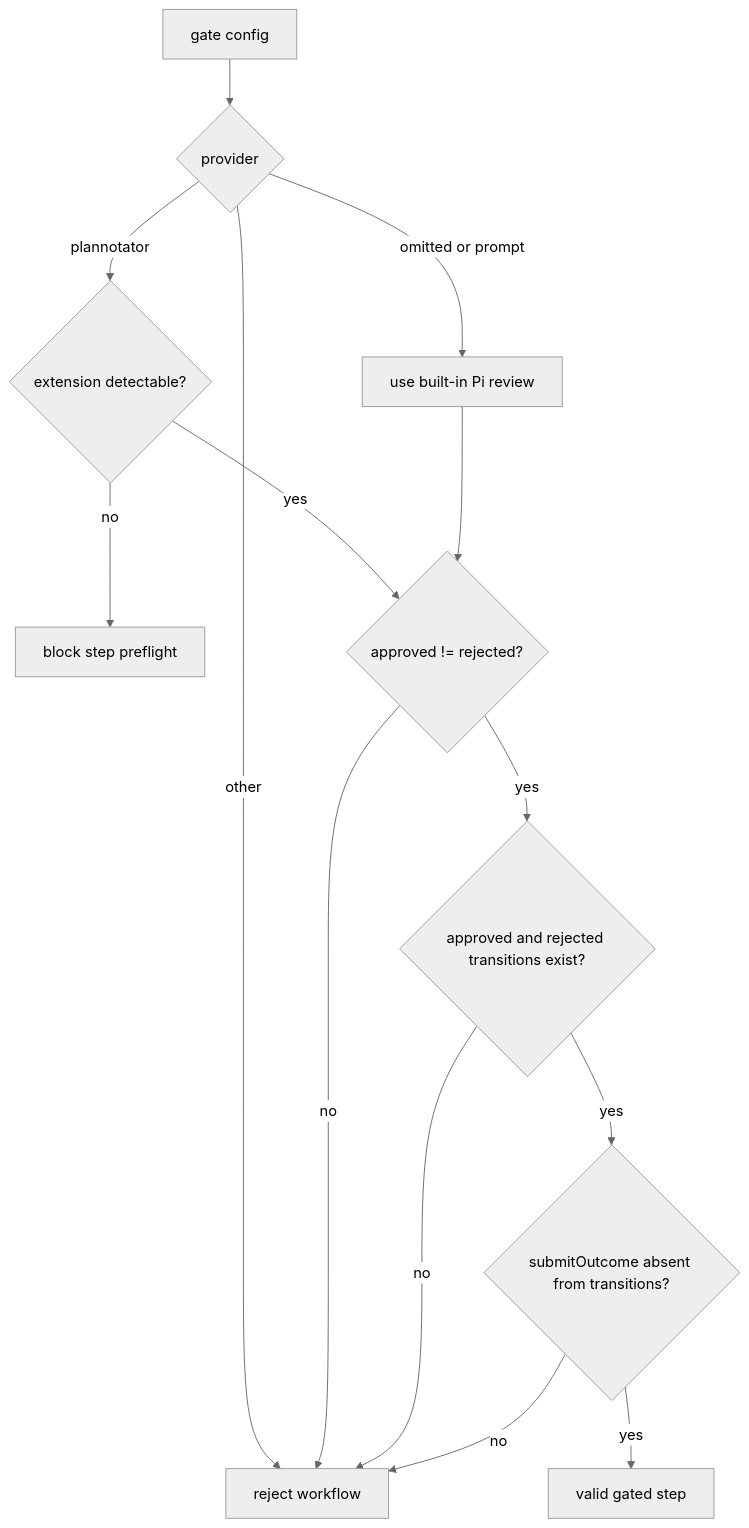
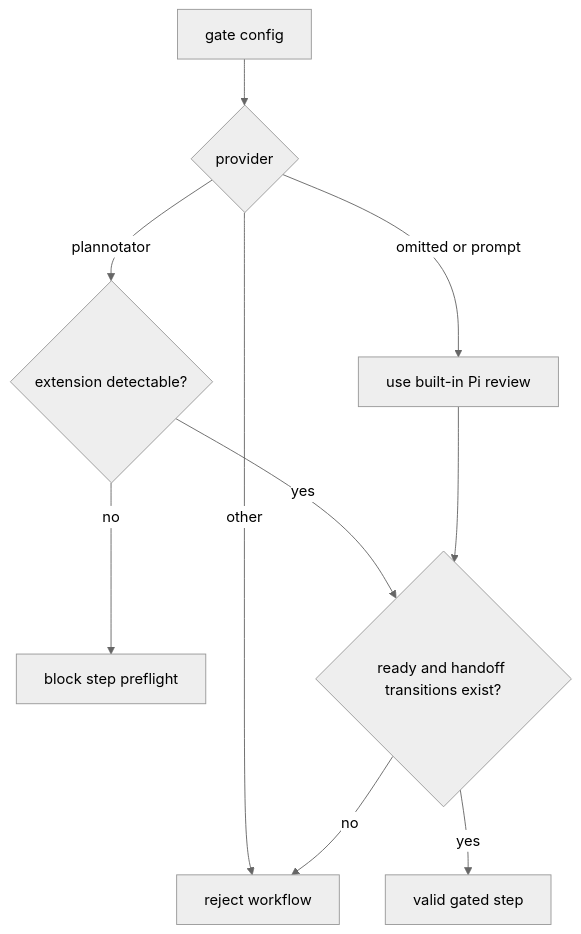
The second of 6 diagrams in openwiki/integrations/plannotator.md (wichayutdew/pi-workflows), drawn with Mermaid (neutral theme) before and after one commit. The commit also changed other lines of this file and 103 other files, not shown here.

````diff
--- a/openwiki/integrations/plannotator.md
+++ b/openwiki/integrations/plannotator.md
@@ -28,16 +28,12 @@
 ```mermaid
 flowchart TD
   Gate[gate config] --> Provider{provider}
   Provider -- omitted or prompt --> Prompt[use built-in Pi review]
   Provider -- plannotator --> Detect{extension detectable?}
   Provider -- other --> Reject[reject workflow]
   Detect -- no --> Preflight[block step preflight]
-  Detect -- yes --> Outcomes{approved != rejected?}
-  Prompt --> Outcomes
-  Outcomes -- no --> Reject
-  Outcomes -- yes --> Transitions{approved and rejected transitions exist?}
+  Detect -- yes --> Transitions{ready and handoff transitions exist?}
+  Prompt --> Transitions
   Transitions -- no --> Reject
-  Transitions -- yes --> Submit{submitOutcome absent from transitions?}
-  Submit -- no --> Reject
-  Submit -- yes --> Accept[valid gated step]
+  Transitions -- yes --> Accept[valid gated step]
 ```
````
